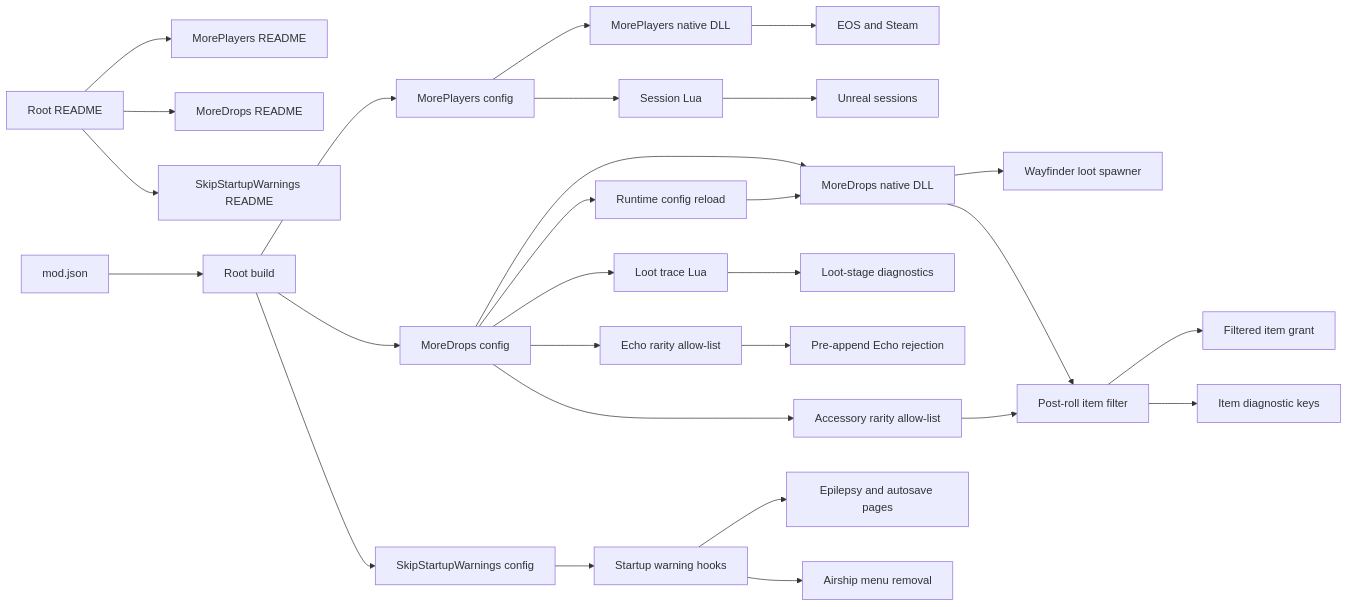
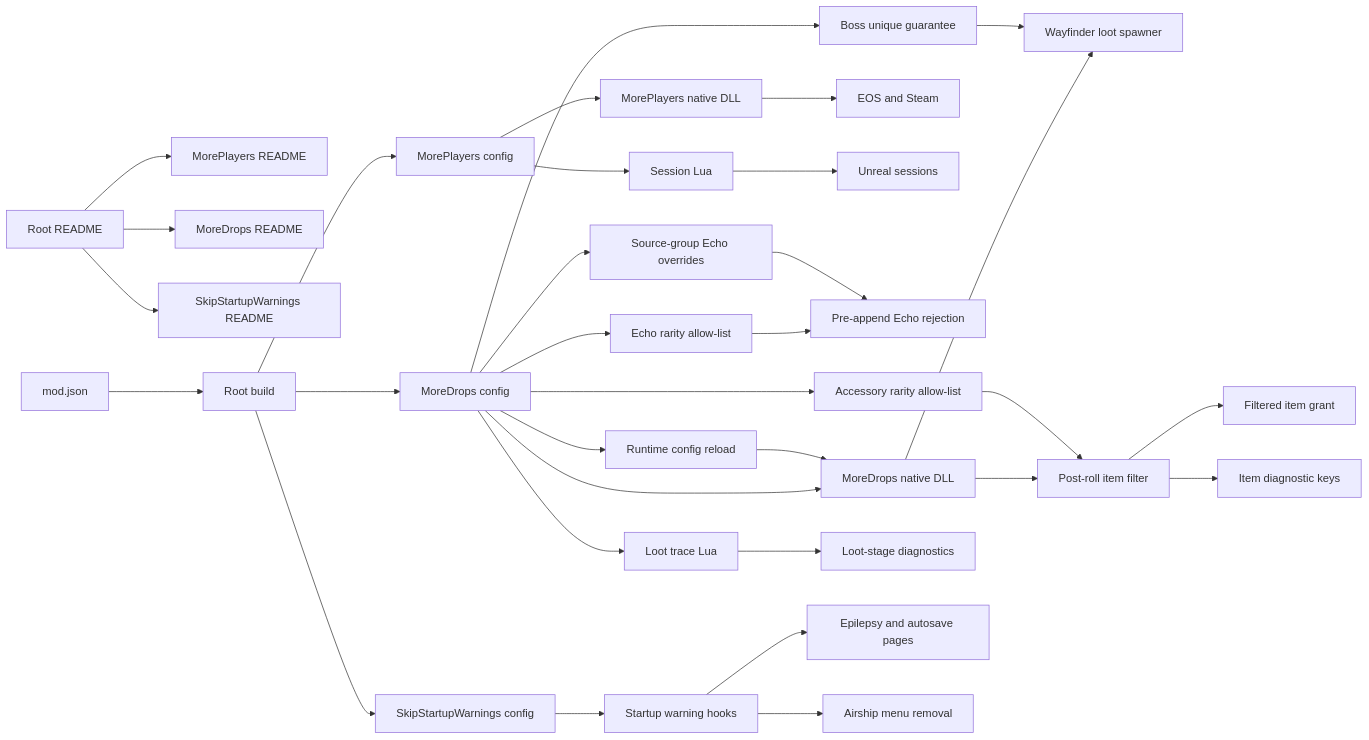
Before and after one commit to TheAngryByrd/Wayfinder-Mods: the diagram in lode/summary.md, drawn with Mermaid. The commit also changed other lines of this file and 10 other files, not shown here.

Commit message:
Add boss loot guarantees and Echo rarity overrides

````diff
--- a/lode/summary.md
+++ b/lode/summary.md
@@ -15,30 +19,34 @@
 ```mermaid
 flowchart LR
     Catalog[Root README] --> Players[MorePlayers README]
     Catalog --> Drops[MoreDrops README]
     Catalog --> Startup[SkipStartupWarnings README]
     Manifest[mod.json] --> Build[Root build]
     Build --> PlayersConfig[MorePlayers config]
     Build --> DropsConfig[MoreDrops config]
     Build --> StartupConfig[SkipStartupWarnings config]
     PlayersConfig --> PlayerNative[MorePlayers native DLL]
     PlayersConfig --> SessionLua[Session Lua]
     DropsConfig --> LootNative[MoreDrops native DLL]
     DropsConfig --> ConfigReload[Runtime config reload]
     ConfigReload --> LootNative
     DropsConfig --> LootLua[Loot trace Lua]
     PlayerNative --> Online[EOS and Steam]
     SessionLua --> Unreal[Unreal sessions]
     LootNative --> Spawner[Wayfinder loot spawner]
     LootNative --> ItemFilter[Post-roll item filter]
     ItemFilter --> ItemGrant[Filtered item grant]
     DropsConfig --> EchoSetting[Echo rarity allow-list]
     EchoSetting --> EchoReject[Pre-append Echo rejection]
     DropsConfig --> AccessorySetting[Accessory rarity allow-list]
     AccessorySetting --> ItemFilter
+    DropsConfig --> BossSetting[Boss unique guarantee]
+    BossSetting --> Spawner
+    DropsConfig --> EchoOverride[Source-group Echo overrides]
+    EchoOverride --> EchoReject
     ItemFilter --> ItemLog[Item diagnostic keys]
     LootLua --> Trace[Loot-stage diagnostics]
     StartupConfig --> WarningHooks[Startup warning hooks]
     WarningHooks --> WarningPages[Epilepsy and autosave pages]
     WarningHooks --> MenuExit[Airship menu removal]
 ```
````
